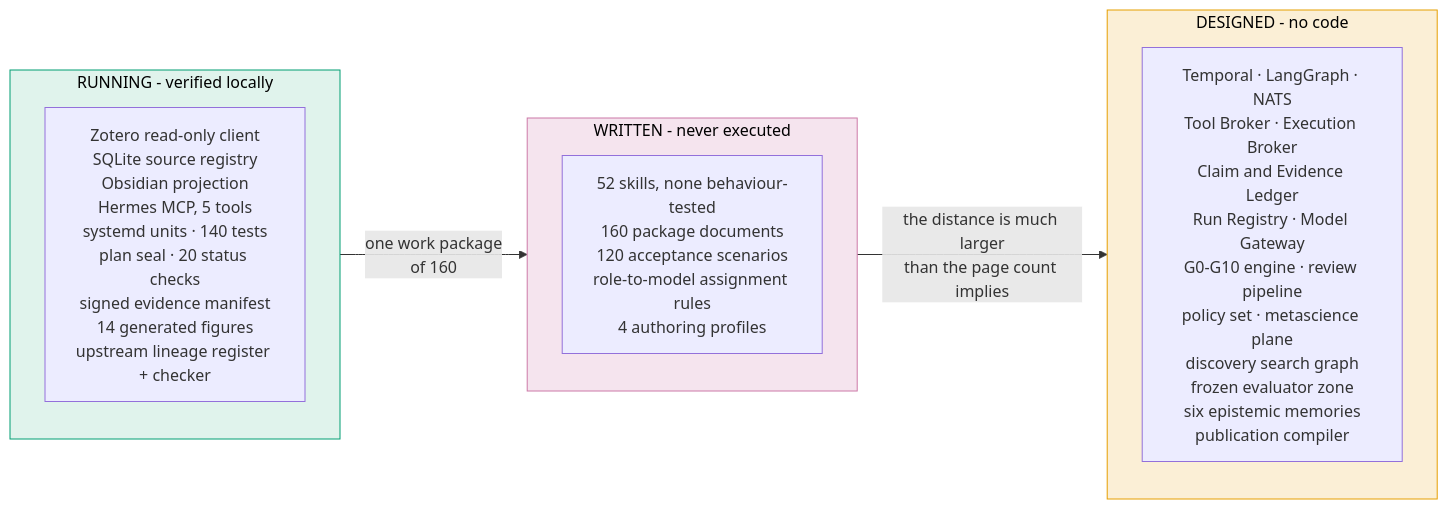
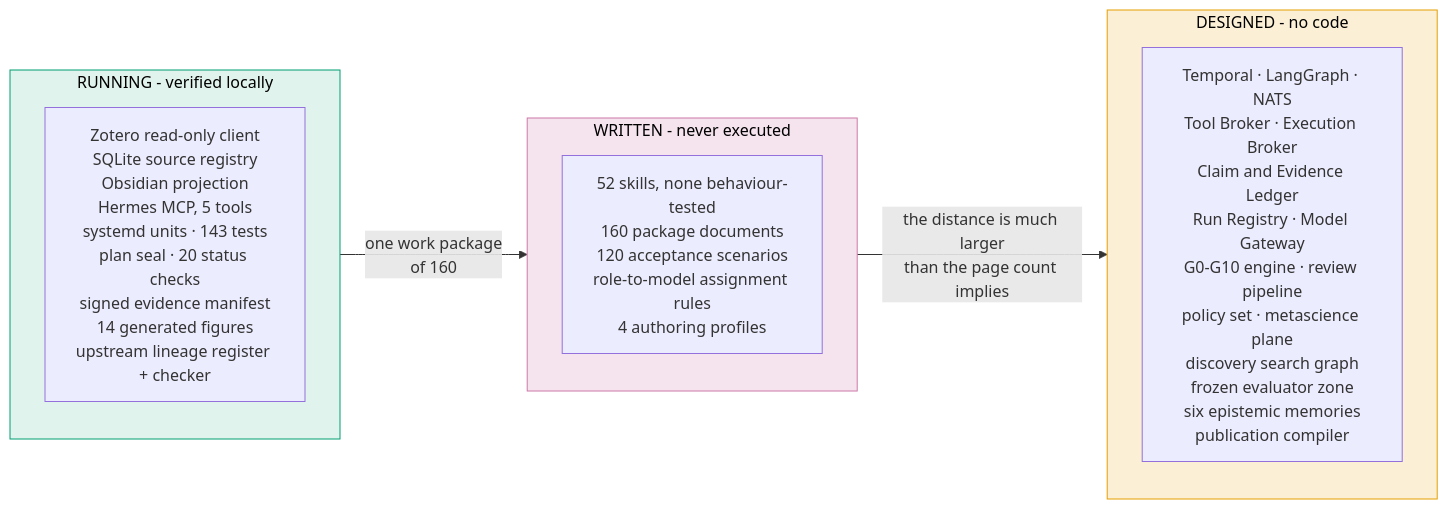
One commit to furkanhanilci/AETHRION changed diagram 14 of 16 in README.md. Above: the diagram before and after it, drawn with Mermaid. The commit also changed other lines of this file and 19 other files, not shown here.

````diff
--- a/README.md
+++ b/README.md
@@ -894,17 +894,17 @@
 ```mermaid
 flowchart LR
     subgraph WORKING["RUNNING - verified locally"]
-        W["Zotero read-only client<br/>SQLite source registry<br/>Obsidian projection<br/>Hermes MCP, 5 tools<br/>systemd units · 140 tests<br/>plan seal · 20 status checks<br/>signed evidence manifest<br/>14 generated figures<br/>upstream lineage register + checker"]
+        W["Zotero read-only client<br/>SQLite source registry<br/>Obsidian projection<br/>Hermes MCP, 5 tools<br/>systemd units · 143 tests<br/>plan seal · 20 status checks<br/>signed evidence manifest<br/>14 generated figures<br/>upstream lineage register + checker"]
     end
     subgraph WRITTEN["WRITTEN - never executed"]
         S["52 skills, none behaviour-tested<br/>160 package documents<br/>120 acceptance scenarios<br/>role-to-model assignment rules<br/>4 authoring profiles"]
     end
     subgraph DESIGNED["DESIGNED - no code"]
         D["Temporal · LangGraph · NATS<br/>Tool Broker · Execution Broker<br/>Claim and Evidence Ledger<br/>Run Registry · Model Gateway<br/>G0-G10 engine · review pipeline<br/>policy set · metascience plane<br/>discovery search graph<br/>frozen evaluator zone<br/>six epistemic memories<br/>publication compiler"]
     end
     WORKING -->|"one work package<br/>of 160"| WRITTEN
     WRITTEN -->|"the distance is much larger<br/>than the page count implies"| DESIGNED
     style WORKING fill:#E0F3EC,stroke:#009E73,color:#000
     style WRITTEN fill:#F5E4EE,stroke:#CC79A7,color:#000
     style DESIGNED fill:#FBEFD6,stroke:#E69F00,color:#000
 ```
````
